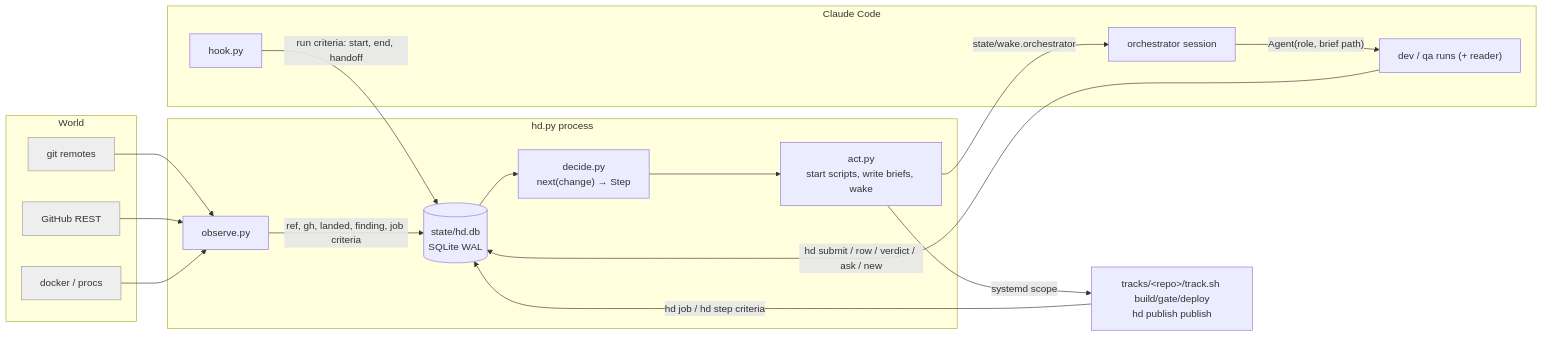
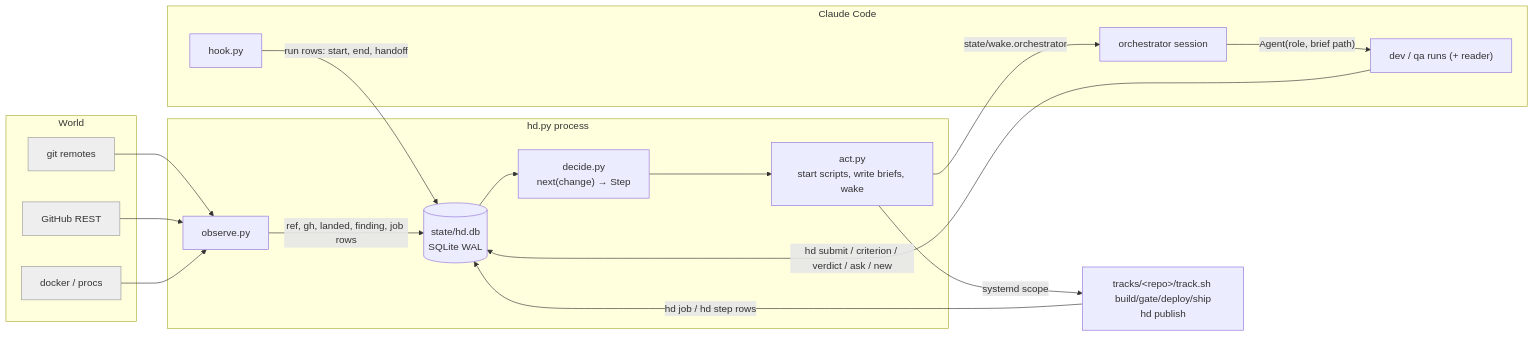
Before and after one commit to AlexPerrin/RuneHarness: the diagram in docs/V9-PROPOSAL.md, drawn with Mermaid. The commit also changed other lines of this file and 16 other files, not shown here.

First line of the commit message:
v9: reduce and reconcile — ARCHITECTURE rewritten without history (830 → 645 lines), one vocabulary and one command list across docs, code skeletons, roles, README and CLAUDE.md

````diff
--- a/docs/V9-PROPOSAL.md
+++ b/docs/V9-PROPOSAL.md
@@ -13,31 +13,31 @@
 ```mermaid
 flowchart LR
   subgraph world["World"]
     G["git remotes"]:::w
     H["GitHub REST"]:::w
     D["docker / procs"]:::w
   end
   subgraph hd["hd.py process"]
     O["observe.py"]
     DB[(state/hd.db<br/>SQLite WAL)]
     DE["decide.py<br/>next(change) → Step"]
     A["act.py<br/>start scripts, write briefs, wake"]
   end
   subgraph agents["Claude Code"]
     OR["orchestrator session"]
     R["dev / qa runs (+ reader)"]
     HK["hook.py"]
   end
   G --> O
   H --> O
   D --> O
-  O -->|"ref, gh, landed, finding, job criteria"| DB
+  O -->|"ref, gh, landed, finding, job rows"| DB
   DB --> DE --> A
-  A -->|"systemd scope"| S["tracks/&lt;repo&gt;/track.sh build/gate/deploy<br/>hd publish publish"]
-  S -->|"hd job / hd step criteria"| DB
+  A -->|"systemd scope"| S["tracks/&lt;repo&gt;/track.sh build/gate/deploy/ship<br/>hd publish"]
+  S -->|"hd job / hd step rows"| DB
   A -->|"state/wake.orchestrator"| OR
   OR -->|"Agent(role, brief path)"| R
-  R -->|"hd submit / row / verdict / ask / new"| DB
-  HK -->|"run criteria: start, end, handoff"| DB
+  R -->|"hd submit / criterion / verdict / ask / new"| DB
+  HK -->|"run rows: start, end, handoff"| DB
   classDef w fill:#eee,stroke:#999
 ```
````
